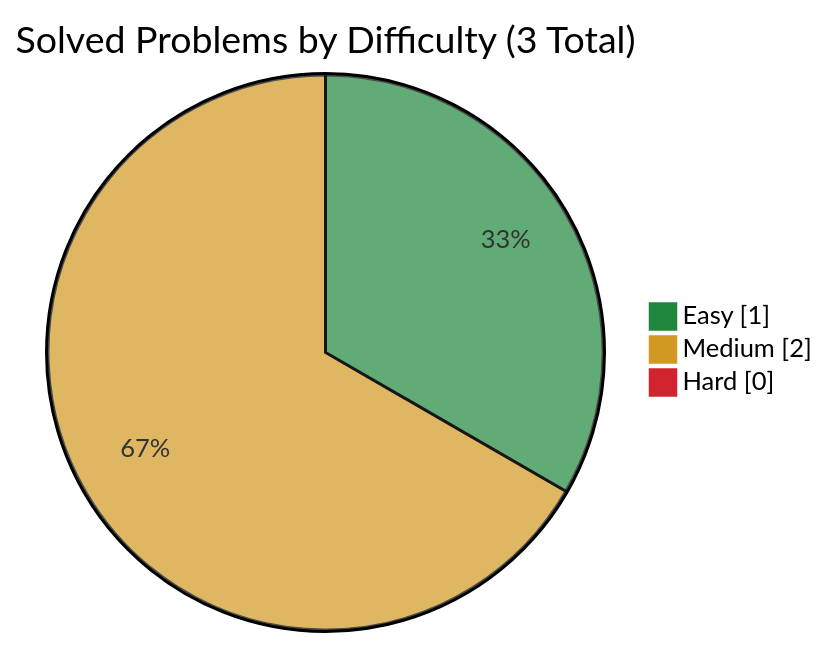
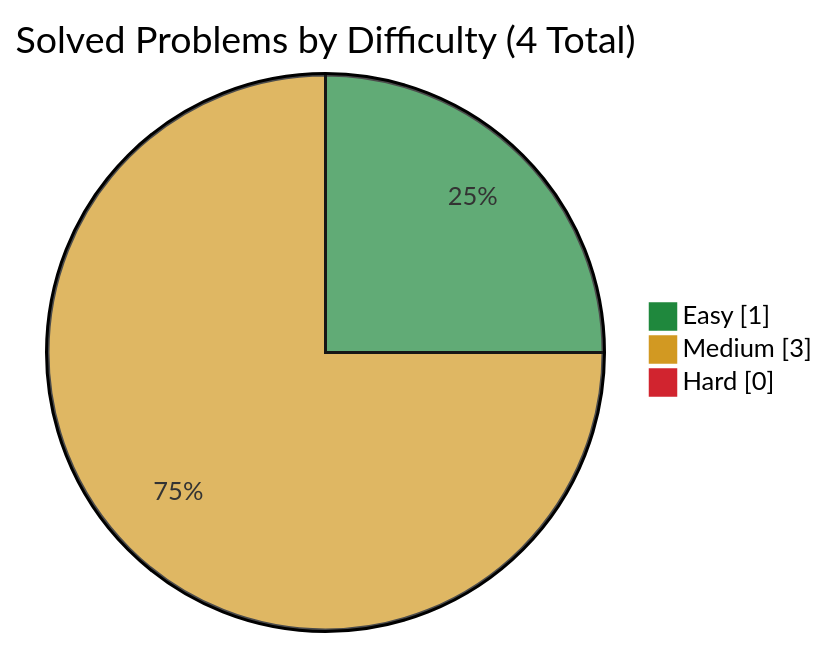
The diagram in companies/ibm/README.md (simonesiega/leetcode-solutions), drawn with Mermaid before and after one commit. The commit also changed other lines of this file and 4 other files, not shown here.

````diff
--- a/companies/ibm/README.md
+++ b/companies/ibm/README.md
@@ -13,8 +13,8 @@
 ```mermaid
 %%{init: {"themeVariables": {"pie1": "#1f883d", "pie2": "#d29922", "pie3": "#d1242f"}}}%%
 pie showData
-    title Solved Problems by Difficulty (3 Total)
+    title Solved Problems by Difficulty (4 Total)
     "Easy" : 1
-    "Medium" : 2
+    "Medium" : 3
     "Hard" : 0
 ```
````
